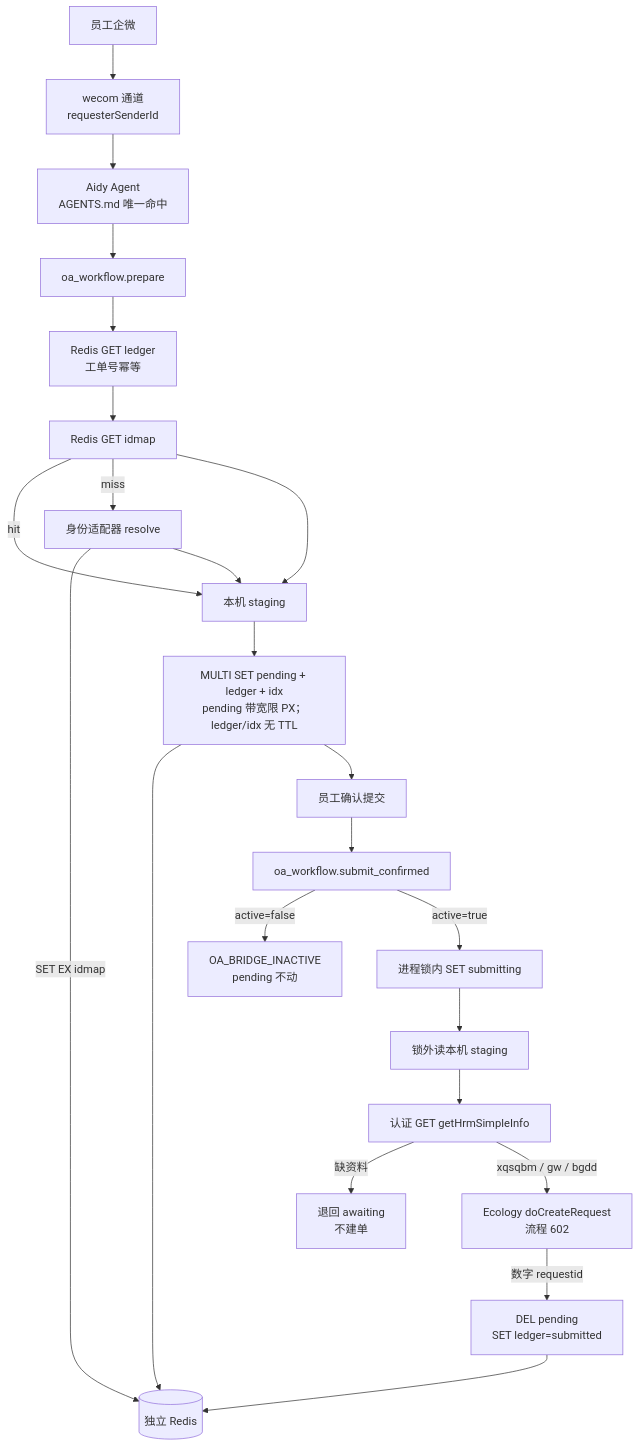
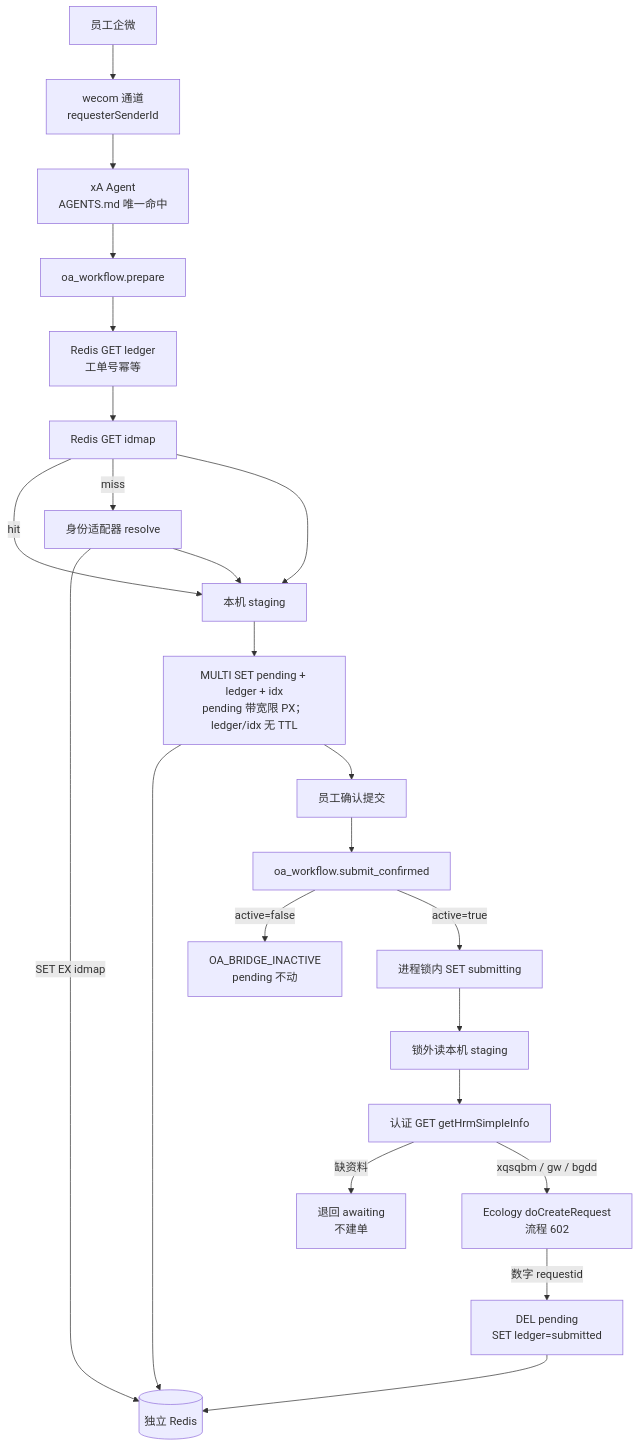
The first of 4 diagrams in linux/OA_tool/OA插件与Redis链路.md (Createsnow/adt_openclaw), drawn with Mermaid before and after one commit. The commit also changed other lines of this file and 43 other files, not shown here.

````diff
--- a/linux/OA_tool/OA插件与Redis链路.md
+++ b/linux/OA_tool/OA插件与Redis链路.md
@@ -34,25 +34,25 @@
 ```mermaid
 flowchart TD
   E[员工企微] --> C[wecom 通道<br/>requesterSenderId]
-  C --> A[Aidy Agent<br/>AGENTS.md 唯一命中]
+  C --> A[xA Agent<br/>AGENTS.md 唯一命中]
   A --> P[oa_workflow.prepare]
   P --> LED["Redis GET ledger<br/>工单号幂等"]
   LED --> G["Redis GET idmap"]
   G -->|hit| W
   G -->|miss| I[身份适配器 resolve]
   I -->|SET EX idmap| R[(独立 Redis)]
   I --> W[本机 staging]
   G --> W
   W --> M["MULTI SET pending + ledger + idx<br/>pending 带宽限 PX；ledger/idx 无 TTL"]
   M --> R
   M --> Q[员工确认提交]
   Q --> S[oa_workflow.submit_confirmed]
   S -->|active=false| X[OA_BRIDGE_INACTIVE<br/>pending 不动]
   S -->|active=true| L[进程锁内 SET submitting]
   L --> ENC[锁外读本机 staging]
   ENC --> PROF[认证 GET getHrmSimpleInfo]
   PROF -->|缺资料| BACK[退回 awaiting<br/>不建单]
   PROF -->|xqsqbm / gw / bgdd| H[Ecology doCreateRequest<br/>流程 602]
   H -->|数字 requestid| D["DEL pending<br/>SET ledger=submitted"]
   D --> R
 ```
````
